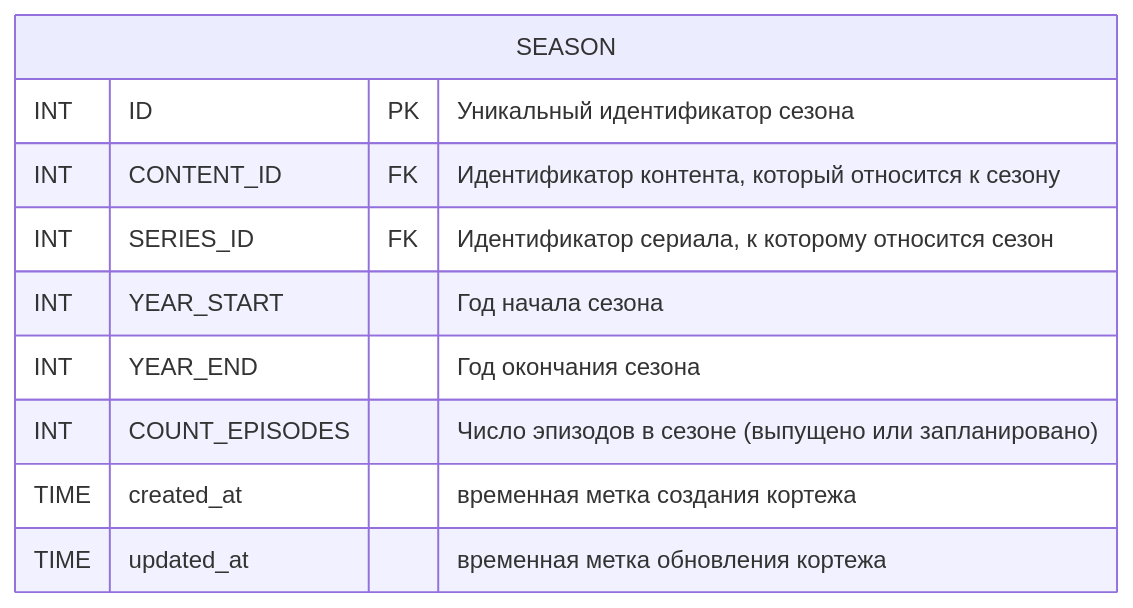
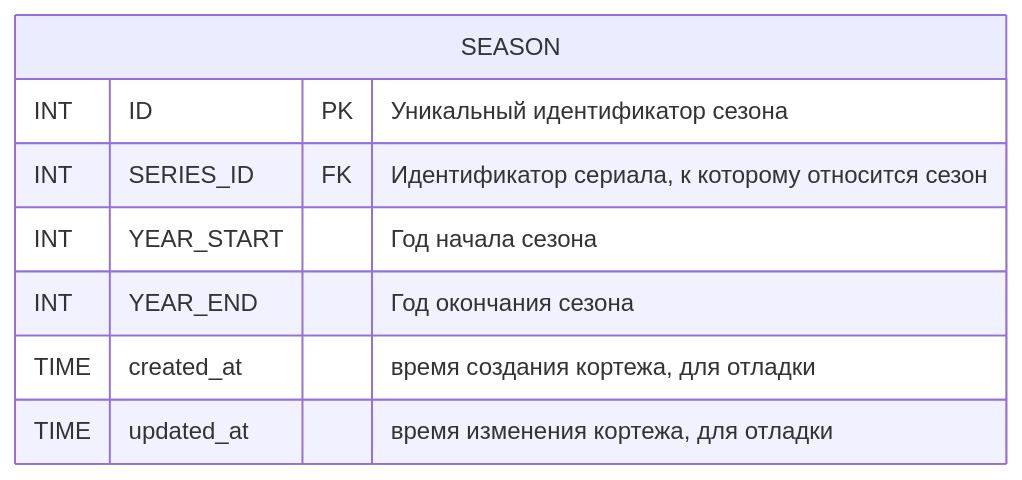
Before and after one commit to go-park-mail-ru/2024_1_Cyberkotletki: diagram 12 of 25 in db/normalized/relations.md, drawn with Mermaid. The commit also changed other lines of this file and 2 other files, not shown here.

````diff
--- a/db/normalized/relations.md
+++ b/db/normalized/relations.md
@@ -240,13 +326,11 @@
 ```mermaid
 erDiagram
     SEASON {
         INT ID PK "Уникальный идентификатор сезона"
-        INT CONTENT_ID FK "Идентификатор контента, который относится к  сезону"
         INT SERIES_ID FK "Идентификатор сериала, к которому относится сезон"
         INT YEAR_START "Год начала сезона"
         INT YEAR_END "Год окончания сезона"
-        INT COUNT_EPISODES "Число эпизодов в сезоне (выпущено или запланировано)"
-        TIME created_at "временная метка создания кортежа"
-        TIME updated_at "временная метка обновления кортежа"
+        TIME created_at "время создания кортежа, для отладки"
+        TIME updated_at "время изменения кортежа, для отладки"
     }
 ```
````
